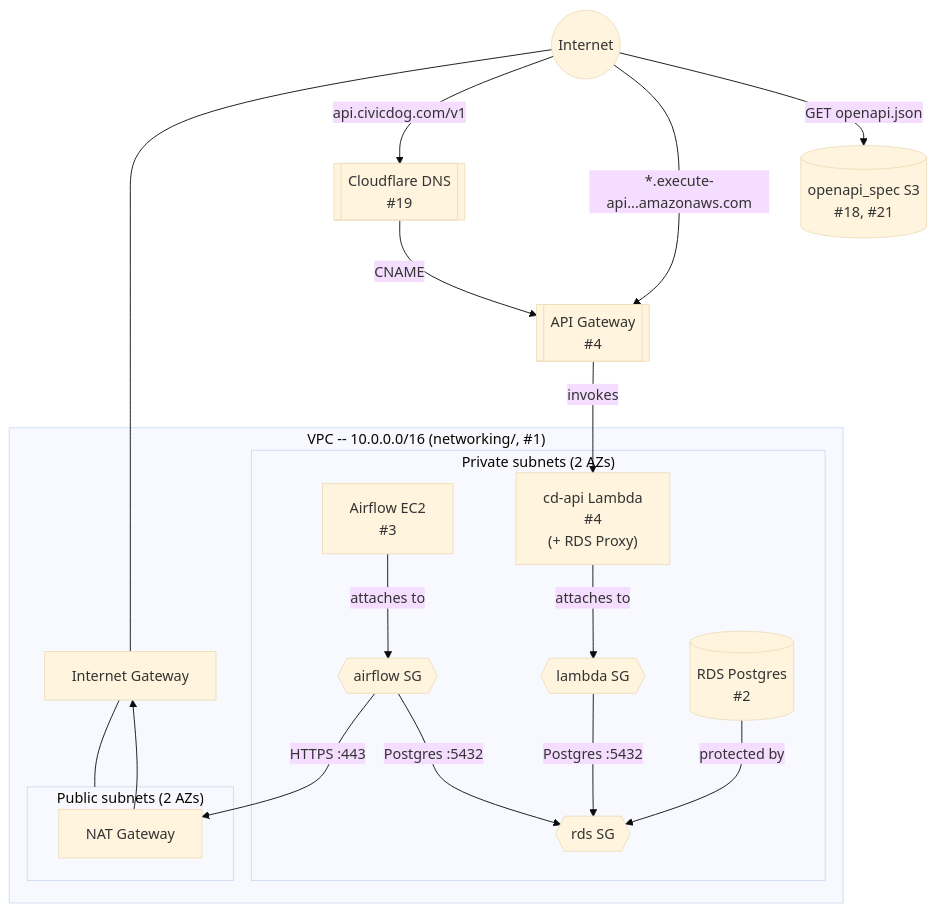
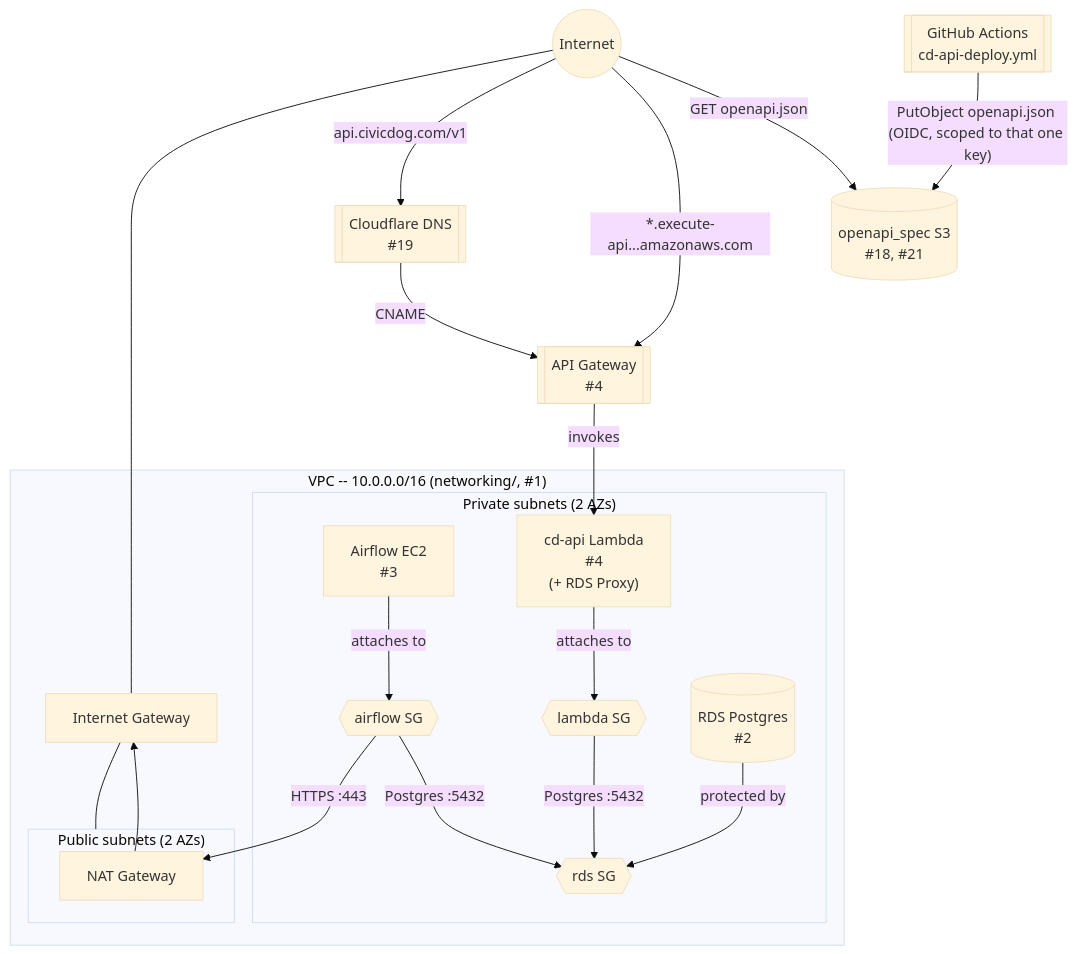
Before and after one commit to rchacon/cd-infra: the diagram in README.md, drawn with Mermaid (base theme). The commit also changed other lines of this file, not shown here.

First line of the commit message:
Show the openapi_spec bucket's write path (cd-api-deploy.yml's OIDC role)

````diff
--- a/README.md
+++ b/README.md
@@ -8,41 +8,43 @@
 ```mermaid
 flowchart TB
     internet(("Internet"))
     cf[["Cloudflare DNS<br/>#19"]]
     apigw[["API Gateway<br/>#4"]]
     openapi[("openapi_spec S3<br/>#18, #21")]
+    gha[["GitHub Actions<br/>cd-api-deploy.yml"]]
 
     subgraph vpc["VPC -- 10.0.0.0/16 (networking/, #1)"]
         igw["Internet Gateway"]
 
         subgraph pub["Public subnets (2 AZs)"]
             nat["NAT Gateway"]
         end
 
         subgraph priv["Private subnets (2 AZs)"]
             rds_sg{{"rds SG"}}
             airflow_sg{{"airflow SG"}}
             lambda_sg{{"lambda SG"}}
             rds[("RDS Postgres<br/>#2")]
             airflow["Airflow EC2<br/>#3"]
             lambda["cd-api Lambda<br/>#4<br/>(+ RDS Proxy)"]
         end
     end
 
     internet --- igw
     igw --- pub
     internet -- "api.civicdog.com/v1" --> cf
     cf -- CNAME --> apigw
     internet -- "*.execute-api...amazonaws.com" --> apigw
     internet -- "GET openapi.json" --> openapi
+    gha -- "PutObject openapi.json (OIDC, scoped to that one key)" --> openapi
     apigw -- invokes --> lambda
 
     rds -- protected by --> rds_sg
     airflow -- attaches to --> airflow_sg
     lambda -- attaches to --> lambda_sg
 
     airflow_sg -- "HTTPS :443" --> nat
     nat --> igw
     airflow_sg -- "Postgres :5432" --> rds_sg
     lambda_sg -- "Postgres :5432" --> rds_sg
 ```
````
